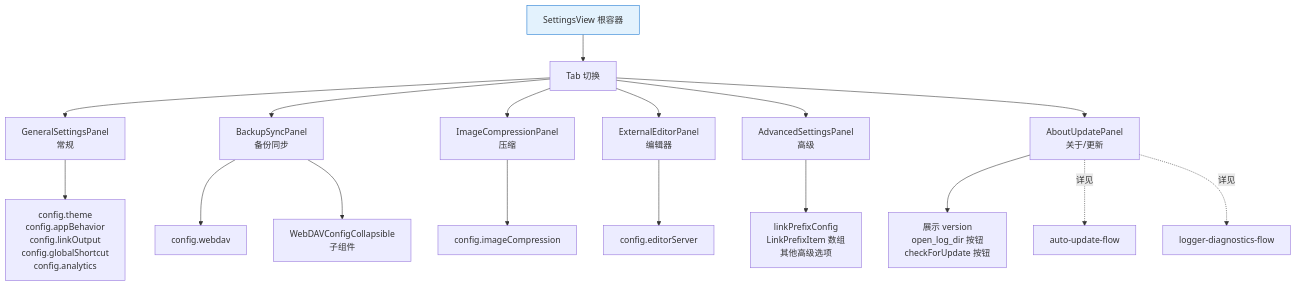
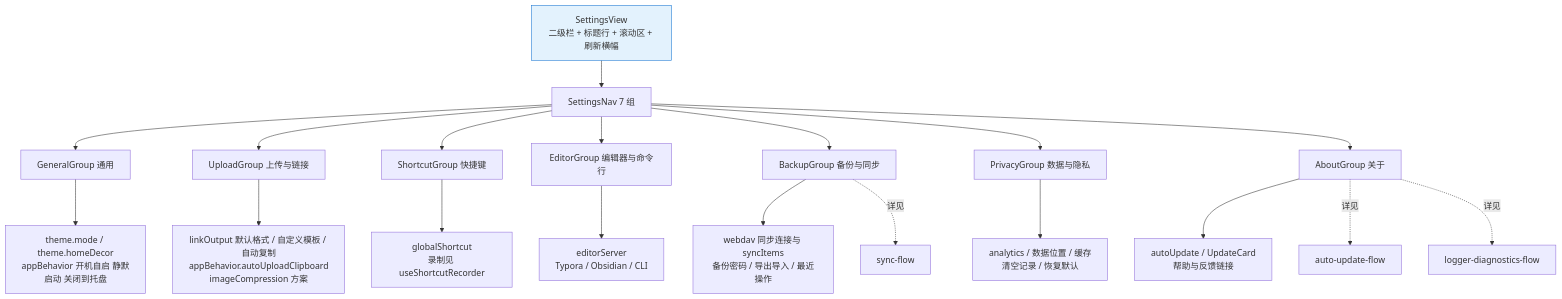
The fourth of 5 diagrams in docs/flows/settings-ui-architecture.md (joeyliu6/PicNexus), drawn with Mermaid before and after one commit. The commit also changed other lines of this file and 16 other files, not shown here.

Commit message:
docs: flows, reference and design docs describe the new settings page, sync and update flow

````diff
--- a/docs/flows/settings-ui-architecture.md
+++ b/docs/flows/settings-ui-architecture.md
@@ -189,29 +159,18 @@
 ```mermaid
 flowchart TD
-    S[SettingsView 根容器] --> T[Tab 切换]
+    S[SettingsView<br/>二级栏 + 标题行 + 滚动区 + 刷新横幅] --> N[SettingsNav 7 组]
 
-    T --> P1[GeneralSettingsPanel<br/>常规]
-    T --> P3[BackupSyncPanel<br/>备份同步]
-    T --> P4[ImageCompressionPanel<br/>压缩]
-    T --> P5[ExternalEditorPanel<br/>编辑器]
-    T --> P6[AdvancedSettingsPanel<br/>高级]
-    T --> P7[AboutUpdatePanel<br/>关于/更新]
+    N --> G1[GeneralGroup 通用] --> G1A[theme.mode / theme.homeDecor<br/>appBehavior 开机自启 静默启动 关闭到托盘]
+    N --> G2[UploadGroup 上传与链接] --> G2A[linkOutput 默认格式 / 自定义模板 / 自动复制<br/>appBehavior.autoUploadClipboard<br/>imageCompression 方案]
+    N --> G3[ShortcutGroup 快捷键] --> G3A[globalShortcut<br/>录制见 useShortcutRecorder]
+    N --> G4[EditorGroup 编辑器与命令行] --> G4A[editorServer<br/>Typora / Obsidian / CLI]
+    N --> G5[BackupGroup 备份与同步] --> G5A[webdav 同步连接与 syncItems<br/>备份密码 / 导出导入 / 最近操作]
+    N --> G6[PrivacyGroup 数据与隐私] --> G6A[analytics / 数据位置 / 缓存<br/>清空记录 / 恢复默认]
+    N --> G7[AboutGroup 关于] --> G7A[autoUpdate / UpdateCard<br/>帮助与反馈链接]
 
-    %% 各面板对应的 config 字段
-    P1 --> P1A[config.theme<br/>config.appBehavior<br/>config.linkOutput<br/>config.globalShortcut<br/>config.analytics]
-
-    P3 --> P3A[config.webdav]
-    P3 --> P3B[WebDAVConfigCollapsible<br/>子组件]
-
-    P4 --> P4A[config.imageCompression]
-
-    P5 --> P5A[config.editorServer]
-
-    P6 --> P6A[linkPrefixConfig<br/>LinkPrefixItem 数组<br/>其他高级选项]
-
-    P7 --> P7A[展示 version<br/>open_log_dir 按钮<br/>checkForUpdate 按钮]
-    P7 -.详见.-> UPD[auto-update-flow]
-    P7 -.详见.-> LOG[logger-diagnostics-flow]
+    G5 -.详见.-> SYNC[sync-flow]
+    G7 -.详见.-> UPD[auto-update-flow]
+    G7 -.详见.-> LOG[logger-diagnostics-flow]
 
     style S fill:#e3f2fd,stroke:#1976d2
 ```
````
